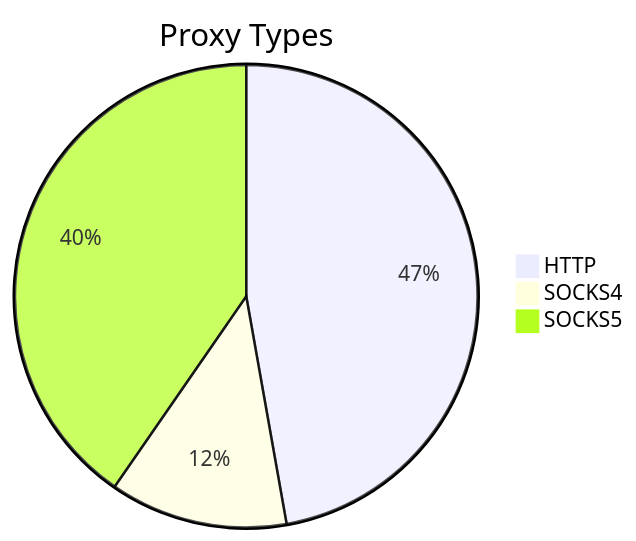
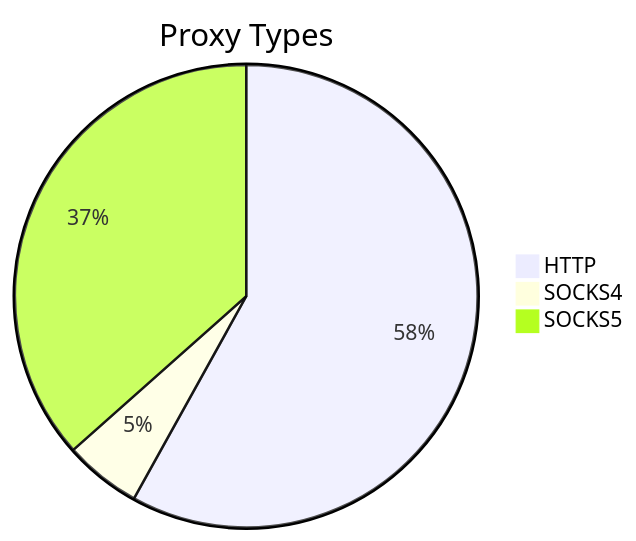
One commit to stormsia/proxy-list changed the first of 2 diagrams in README.md. Above: the diagram before and after it, drawn with Mermaid. The commit also changed other lines of this file, not shown here.

````diff
--- a/README.md
+++ b/README.md
@@ -21,6 +21,6 @@
 ```mermaid
 pie title Proxy Types
-    "HTTP" : 76
-    "SOCKS4" : 20
-    "SOCKS5" : 65
+    "HTTP" : 108
+    "SOCKS4" : 10
+    "SOCKS5" : 68
 ```
````
